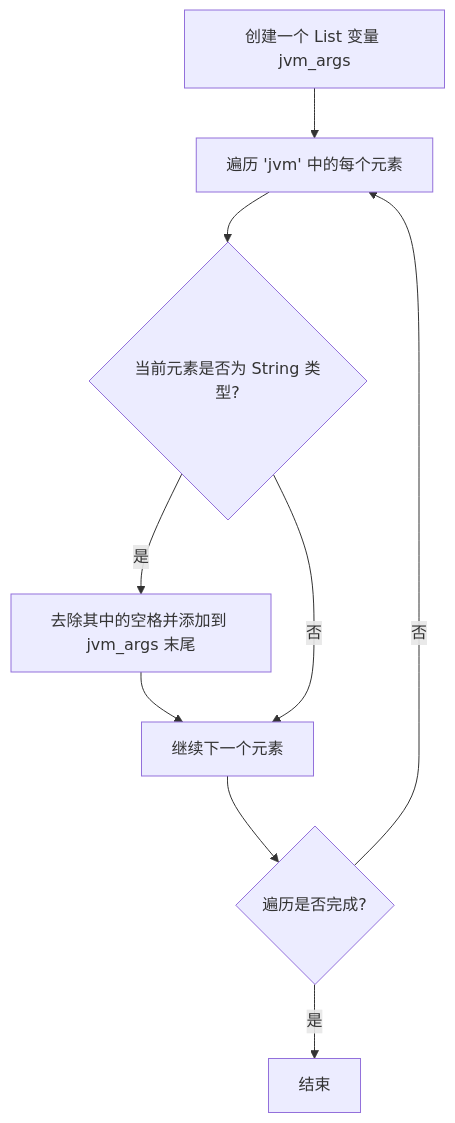
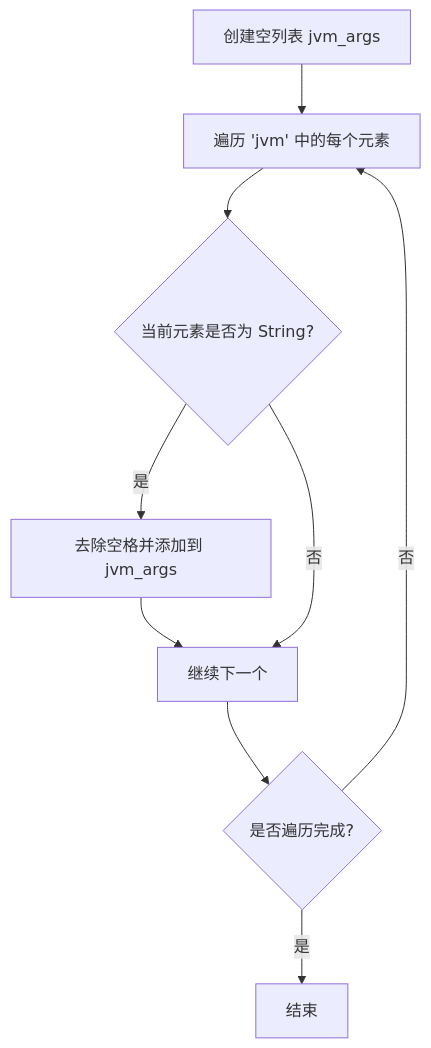
The first of 3 diagrams in docs/other/lanucherdev/Launch/BuildLaunchCommand.md (ECLteam/ECL-Docs), drawn with Mermaid before and after one commit. The commit also changed other lines of this file and 2 other files, not shown here.

````diff
--- a/docs/other/lanucherdev/Launch/BuildLaunchCommand.md
+++ b/docs/other/lanucherdev/Launch/BuildLaunchCommand.md
@@ -24,11 +39,11 @@
 ```mermaid
 graph TD
-    A[创建一个 List 变量 jvm_args] --> B[遍历 'jvm' 中的每个元素]
-    B --> C{当前元素是否为 String 类型?}
-    C --> |是| D[去除其中的空格并添加到 jvm_args 末尾]
-    D --> E[继续下一个元素]
+    A[创建空列表 jvm_args] --> B[遍历 'jvm' 中的每个元素]
+    B --> C{当前元素是否为 String?}
+    C --> |是| D[去除空格并添加到 jvm_args]
+    D --> E[继续下一个]
     C --> |否| E
-    E --> F{遍历是否完成?}
+    E --> F{是否遍历完成?}
     F --> |否| B
     F --> |是| G[结束]
 ```
````
